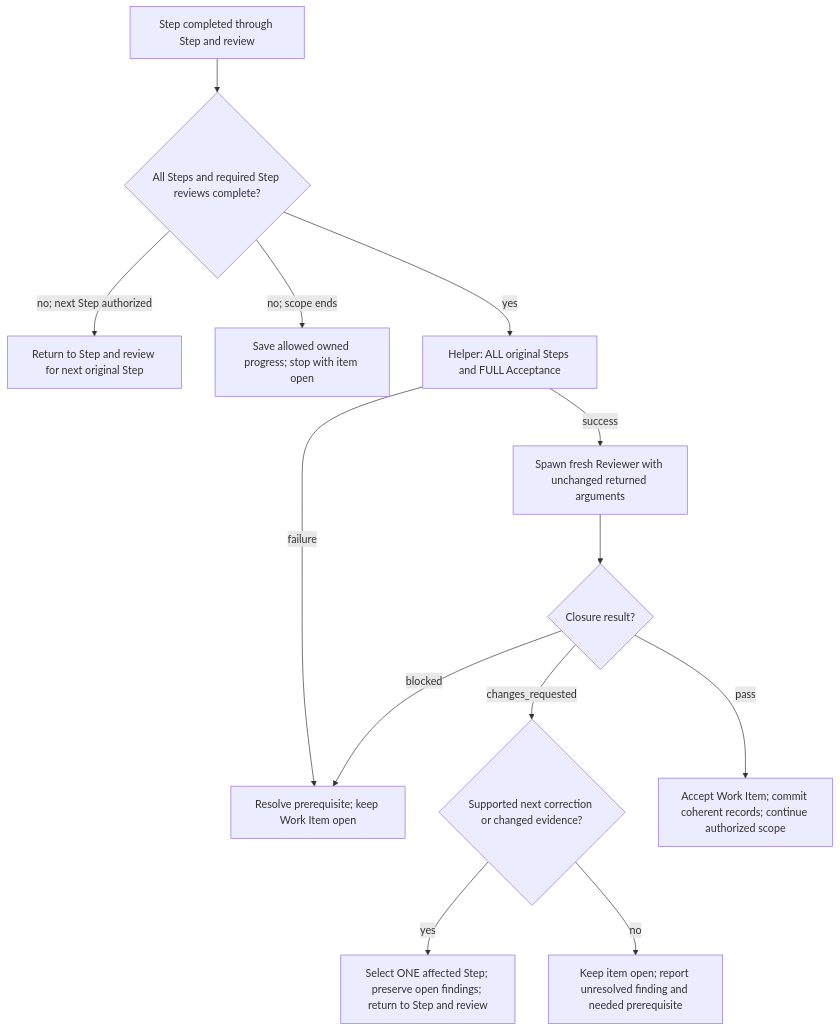
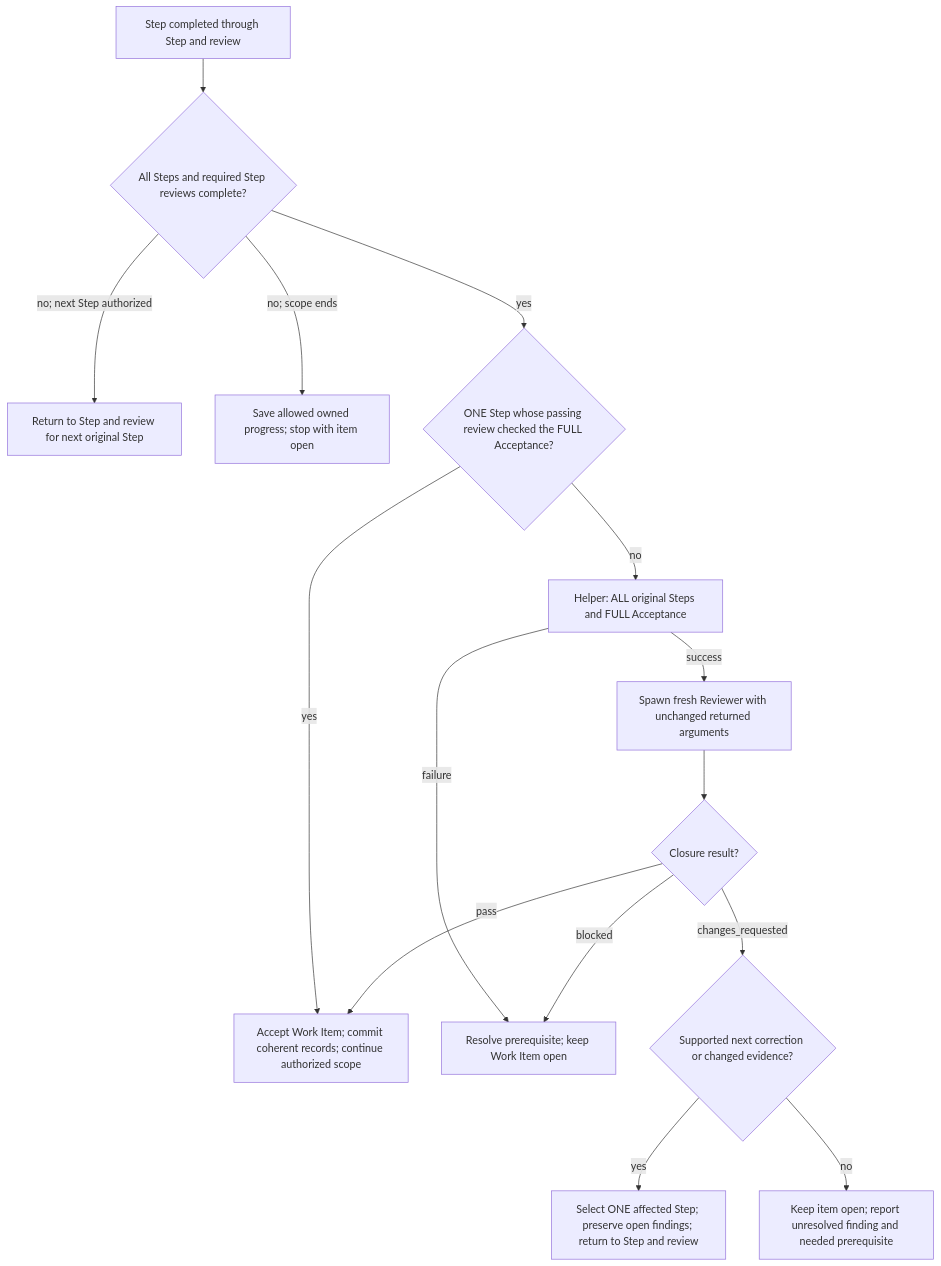
The second of 2 diagrams in packages/scoville-workflow-for-codex/scoville-workflow-for-codex/SKILL.md (benjaminstelzer/scoville-suite-for-codex-mainloop), drawn with Mermaid before and after one commit. The commit also changed other lines of this file and 183 other files, not shown here.

````diff
--- a/packages/scoville-workflow-for-codex/scoville-workflow-for-codex/SKILL.md
+++ b/packages/scoville-workflow-for-codex/scoville-workflow-for-codex/SKILL.md
@@ -82,15 +82,17 @@
 ```mermaid
 flowchart TD
   accepted["Step completed through Step and review"] --> more{"All Steps and required Step reviews complete?"}
   more -->|no; next Step authorized| next["Return to Step and review for next original Step"]
   more -->|no; scope ends| stop["Save allowed owned progress; stop with item open"]
-  more -->|yes| closure["Helper: ALL original Steps and FULL Acceptance"]
+  more -->|yes| single{"ONE Step whose passing review checked the FULL Acceptance?"}
+  single -->|yes| accept["Accept Work Item; commit coherent records; continue authorized scope"]
+  single -->|no| closure["Helper: ALL original Steps and FULL Acceptance"]
   closure -->|failure| blocked["Resolve prerequisite; keep Work Item open"]
   closure -->|success| spawn["Spawn fresh Reviewer with unchanged returned arguments"]
   spawn --> result{"Closure result?"}
   result -->|changes_requested| approach{"Supported next correction or changed evidence?"}
   approach -->|yes| affected["Select ONE affected Step; preserve open findings; return to Step and review"]
   approach -->|no| stalled["Keep item open; report unresolved finding and needed prerequisite"]
   result -->|blocked| blocked
-  result -->|pass| accept["Accept Work Item; commit coherent records; continue authorized scope"]
+  result -->|pass| accept
 ```
````
